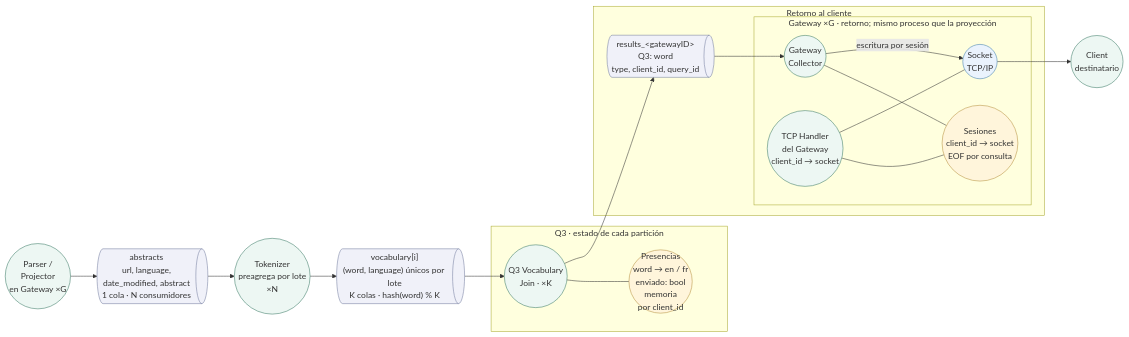
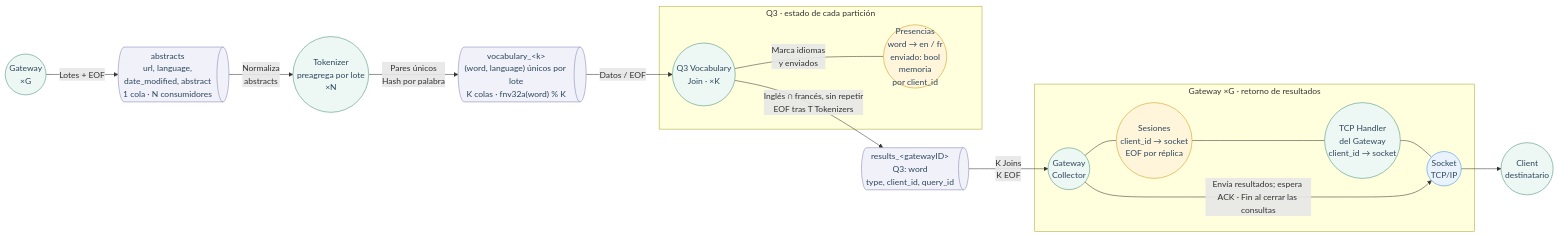
One commit to NicoPodesta/trabajo-final-distribuidos changed the diagram in Diagramas/Robustez/DIagrama-robustez-q3.mmd. Above: the diagram before and after it, drawn with Mermaid. The commit also changed 22 other files, not shown here.

Commit message:
Docs: Actualizo diagramas de robustez

```diff
--- a/Diagramas/Robustez/DIagrama-robustez-q3.mmd
+++ b/Diagramas/Robustez/DIagrama-robustez-q3.mmd
@@ -1,51 +1,40 @@
+%% Distribución de nodos conservada respecto de la versión original.
+%% SVG/PNG conservan las posiciones; Mermaid usa distribución automática.
 %% Q3 · Palabras compartidas en inglés y francés
-%% Fuente semántica; SVG y PNG usan una distribución fija para conservar legibilidad.
-%% Réplicas: se conserva el diseño previsto; la coordinación de cierre aún tiene pendientes.
-%% Parser, TCP Handler y Collector pertenecen al mismo proceso Gateway; se muestran en dos vistas.
 flowchart LR
-    subgraph JOIN["Q3 · estado de cada partición"]
+    subgraph GROUP1["Q3 · estado de cada partición"]
     Q3(("Q3 Vocabulary<br/>Join · ×K"))
     E3(("Presencias<br/>word → en / fr<br/>enviado: bool<br/>memoria<br/>por client_id"))
     end
-    subgraph RETURN["Retorno al cliente"]
+    subgraph GROUP3["Gateway ×G · retorno de resultados"]
+    API(("Socket<br/>TCP/IP"))
+    RX(("TCP Handler<br/>del Gateway<br/>client_id → socket"))
+    SESSION(("Sesiones<br/>client_id → socket<br/>EOF por réplica"))
+    GW(("Gateway<br/>Collector"))
+    end
+    P(("Gateway<br/>×G"))
+    T(("Tokenizer<br/>preagrega por lote<br/>×N"))
+    C(("Client<br/>destinatario"))
+    TQ@{ shape: h-cyl, label: "abstracts<br/>url, language,<br/>date_modified, abstract<br/>1 cola · N consumidores" }
+    VQ@{ shape: h-cyl, label: "vocabulary_&lt;k&gt;<br/>(word, language) únicos por lote<br/>K colas · fnv32a(word) % K" }
     RQ@{ shape: h-cyl, label: "results_&lt;gatewayID&gt;<br/>Q3: word<br/>type, client_id, query_id" }
-    subgraph GATEWAY["Gateway ×G · retorno; mismo proceso que la proyección"]
-    GW(("Gateway<br/>Collector"))
-    SESSION(("Sesiones<br/>client_id → socket<br/>EOF por consulta"))
-    RX(("TCP Handler<br/>del Gateway<br/>client_id → socket"))
-    API(("Socket<br/>TCP/IP"))
-    end
-    end
-    P(("Parser /<br/>Projector<br/>en Gateway ×G"))
-    TQ@{ shape: h-cyl, label: "abstracts<br/>url, language,<br/>date_modified, abstract<br/>1 cola · N consumidores" }
-    T(("Tokenizer<br/>preagrega por lote<br/>×N"))
-    VQ@{ shape: h-cyl, label: "vocabulary[i]<br/>(word, language) únicos por lote<br/>K colas · hash(word) % K" }
-    C(("Client<br/>destinatario"))
-    P --> TQ
-    TQ --> T
-    T --> VQ
-    VQ --> Q3
-    Q3 --- E3
-    RQ --> GW
+    P -->|"Lotes + EOF"| TQ
+    TQ -->|"Normaliza<br/>abstracts"| T
+    T -->|"Pares únicos<br/>Hash por palabra"| VQ
+    VQ -->|"Datos / EOF"| Q3
+    Q3 ---|"Marca idiomas<br/>y enviados"| E3
+    Q3 -->|"Inglés ∩ francés, sin repetir<br/>EOF tras T Tokenizers"| RQ
+    RQ -->|"K Joins<br/>K EOF"| GW
     GW --- SESSION
-    RX --- SESSION
+    SESSION --- RX
     RX --- API
-    GW -->|escritura por sesión| API
     API --> C
-    Q3 --> RQ
-    classDef control fill:#edf7f3,stroke:#377964;
-    class P,T,Q3,GW,RX,C control;
-    classDef boundary fill:#eaf3fd,stroke:#397bac;
+    GW -->|"Envía resultados; espera ACK · Fin al cerrar las consultas"| API
+    classDef control fill:#edf7f3,stroke:#438d78,color:#2d475d;
+    class P,T,Q3,C,RX,GW control;
+    classDef boundary fill:#eaf3fd,stroke:#368be6,color:#2d475d;
     class API boundary;
-    classDef entity fill:#fff5db,stroke:#b6903e;
-    class SESSION entity;
-    class E3 entity;
-    classDef queue fill:#f0f1f9,stroke:#737d9e;
+    classDef entity fill:#fff5db,stroke:#cc980c,color:#2d475d;
+    class E3,SESSION entity;
+    classDef queue fill:#f0f1f9,stroke:#8582b4,color:#2d475d;
     class TQ,VQ,RQ queue;
-    classDef exchange fill:#f0f1f9,stroke:#737d9e;
-    classDef file fill:#fff7e9,stroke:#ad8242;
-    classDef actor fill:white,stroke:#526579;
-%% Preagregación y reparto: Tokenizer deduplica (word, language) por lote de un mismo cliente. hash(word) % K reúne ambos idiomas en la misma partición; language no forma parte de la clave de reparto.
-%% Estado por cliente y word: word → {en, fr, enviado}: tres booleanos en memoria, inicialmente false. enviado registra la publicación en results_&lt;gatewayID&gt;.
-%% Envío y fin: Si en y fr son true y enviado es false, publica la word y luego marca enviado = true. Las siguientes apariciones no vuelven a emitirla. El cierre espera completar la entrada y las publicaciones.
-%% Tokenizer: normaliza y quita stopwords; deduplica (word, language) por lote de un mismo cliente antes del reparto por word.
```
